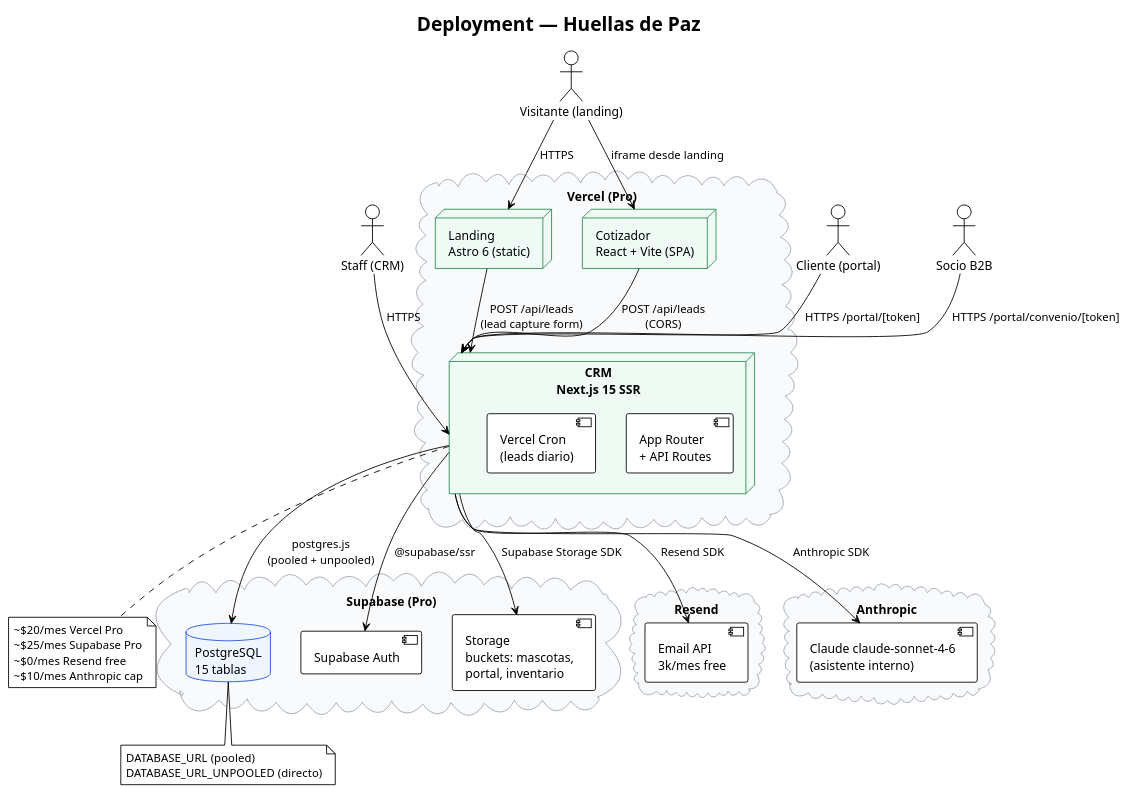
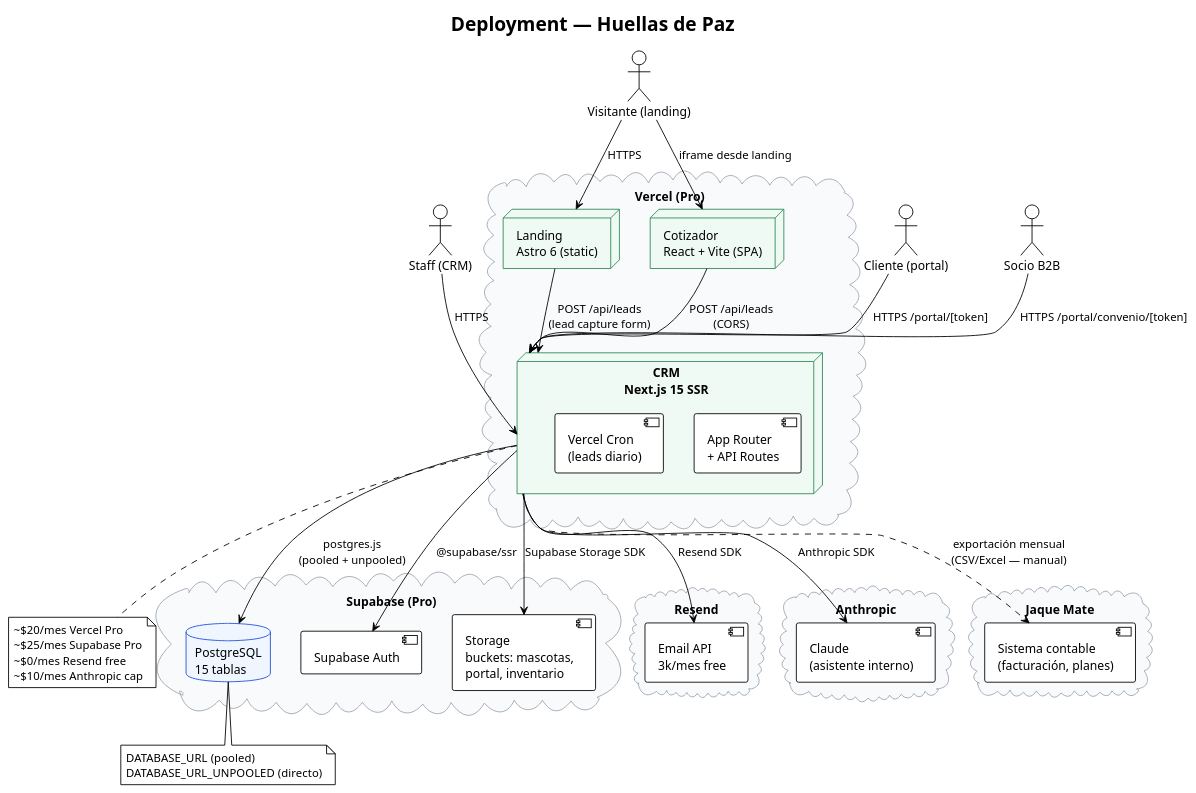
Before and after one commit to ffrankito/huellas-vault: the diagram in wiki/architecture/plantuml/06-deployment.md, drawn with PlantUML. The commit also changed 22 other files, not shown here.

First line of the commit message:
docs: documentation ecosystem setup + architecture audit

````diff
--- a/wiki/architecture/plantuml/06-deployment.md
+++ b/wiki/architecture/plantuml/06-deployment.md
@@ -11,69 +11,75 @@
 ```plantuml
 @startuml deployment
 !theme plain
 skinparam NodeBorderColor #2d8a54
 skinparam NodeBackgroundColor #f0faf5
 skinparam DatabaseBorderColor #1d4ed8
 skinparam DatabaseBackgroundColor #eff6ff
 skinparam CloudBorderColor #9ca3af
 skinparam CloudBackgroundColor #f9fafb
 
 title Deployment — Huellas de Paz
 
 cloud "Vercel (Pro)" {
   node "CRM\nNext.js 15 SSR" as crm {
     component "App Router\n+ API Routes" as app
     component "Vercel Cron\n(leads diario)" as cron
   }
   node "Landing\nAstro 6 (static)" as landing
   node "Cotizador\nReact + Vite (SPA)" as cotizador
 }
 
 cloud "Supabase (Pro)" {
   database "PostgreSQL\n15 tablas" as pg
   component "Supabase Auth" as auth
   component "Storage\nbuckets: mascotas,\nportal, inventario" as storage
 }
 
 cloud "Resend" {
   component "Email API\n3k/mes free" as email
 }
 
 cloud "Anthropic" {
-  component "Claude claude-sonnet-4-6\n(asistente interno)" as claude
+  component "Claude\n(asistente interno)" as claude
+}
+
+cloud "Jaque Mate" {
+  component "Sistema contable\n(facturación, planes)" as jaqueMate
 }
 
 actor "Staff (CRM)" as staff
 actor "Cliente (portal)" as cliente
 actor "Socio B2B" as b2b
 actor "Visitante (landing)" as visitante
 
 staff --> crm : HTTPS
 cliente --> crm : HTTPS /portal/[token]
 b2b --> crm : HTTPS /portal/convenio/[token]
 visitante --> landing : HTTPS
 visitante --> cotizador : iframe desde landing
 
 crm --> pg : postgres.js\n(pooled + unpooled)
 crm --> auth : @supabase/ssr
 crm --> storage : Supabase Storage SDK
 crm --> email : Resend SDK
 crm --> claude : Anthropic SDK
 
 landing --> crm : POST /api/leads\n(lead capture form)
 cotizador --> crm : POST /api/leads\n(CORS)
 
+crm ..> jaqueMate : exportación mensual\n(CSV/Excel — manual)
+
 note bottom of pg
   DATABASE_URL (pooled)
   DATABASE_URL_UNPOOLED (directo)
 end note
 
 note bottom of crm
   ~$20/mes Vercel Pro
   ~$25/mes Supabase Pro
   ~$0/mes Resend free
   ~$10/mes Anthropic cap
 end note
 
 @enduml
 ```
````
